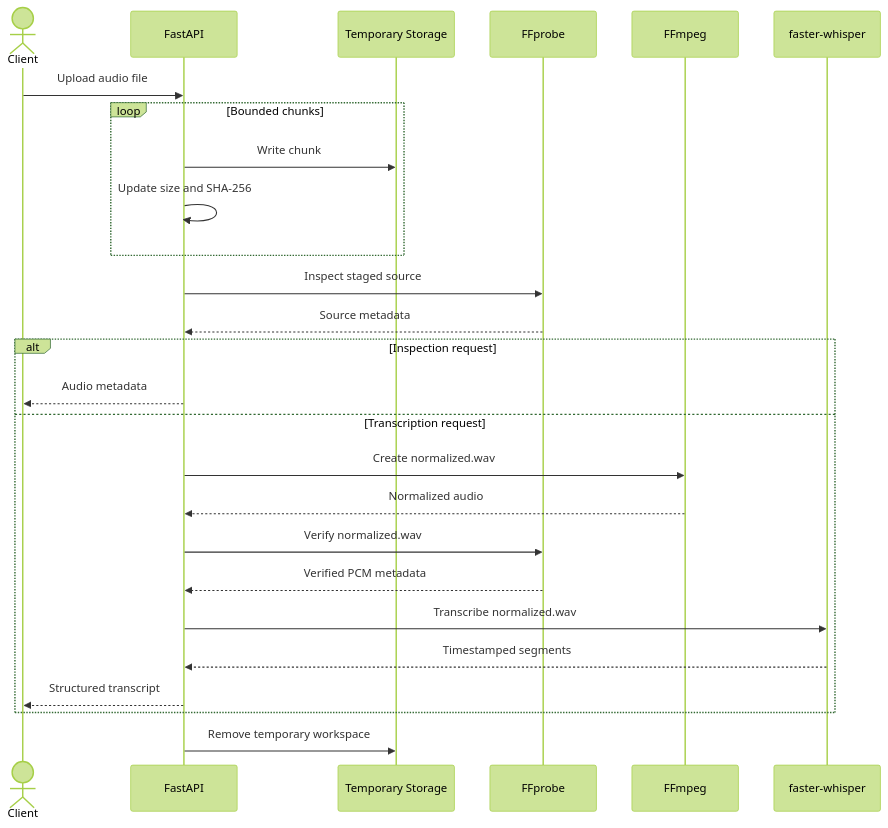
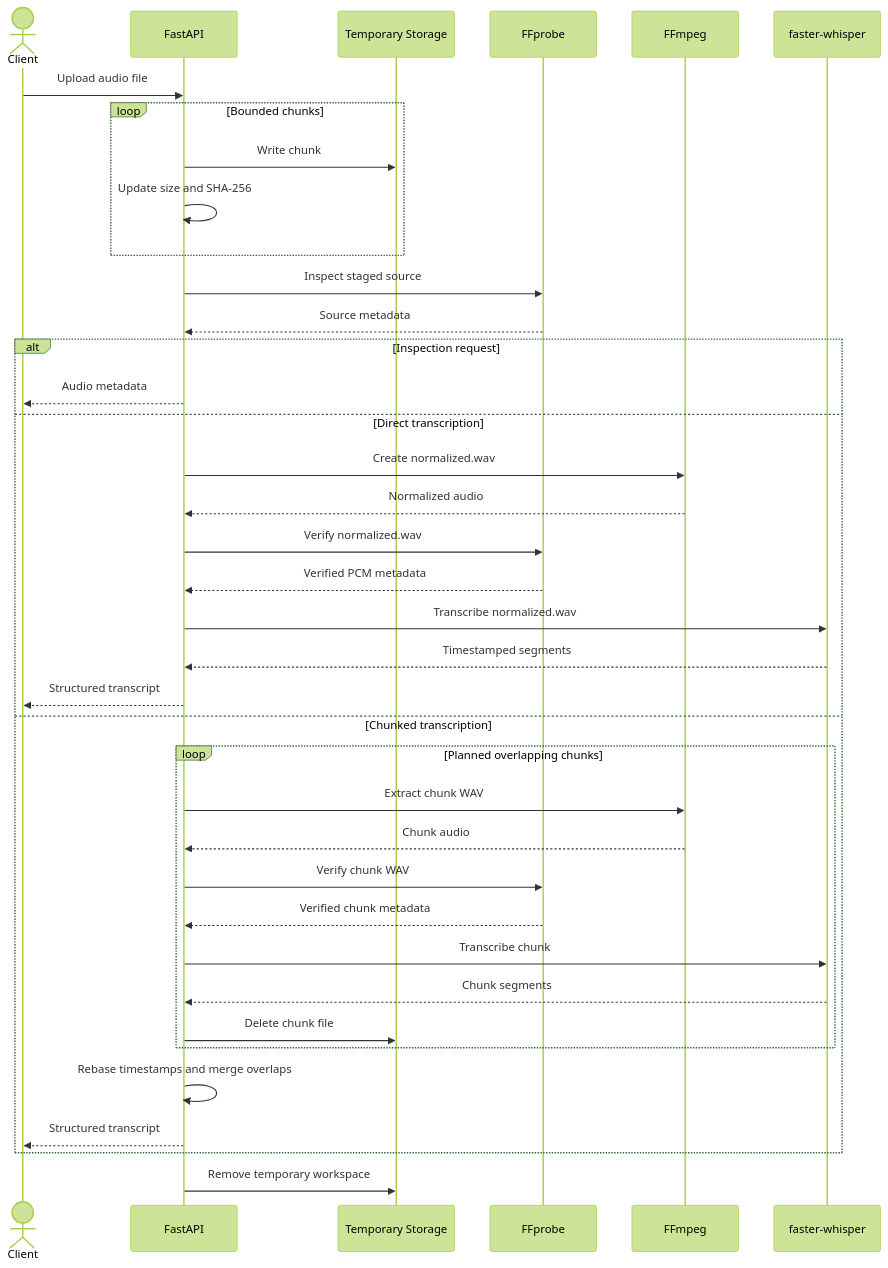
Before and after one commit to aizazmahmood/speech-transcription-service: the fourth of 5 diagrams in README.md, drawn with Mermaid (forest theme). The commit also changed other lines of this file and 18 other files, not shown here.

Commit message:
Add long-audio chunked transcription pipeline

````diff
--- a/README.md
+++ b/README.md
@@ -163,33 +224,45 @@
 ```mermaid
 sequenceDiagram
     actor Client
     participant API as FastAPI
     participant Temp as Temporary Storage
     participant Probe as FFprobe
-    participant Normalize as FFmpeg
+    participant Media as FFmpeg
     participant Engine as faster-whisper
 
     Client->>API: Upload audio file
 
     loop Bounded chunks
         API->>Temp: Write chunk
         API->>API: Update size and SHA-256
     end
 
     API->>Probe: Inspect staged source
     Probe-->>API: Source metadata
 
     alt Inspection request
         API-->>Client: Audio metadata
-    else Transcription request
-        API->>Normalize: Create normalized.wav
-        Normalize-->>API: Normalized audio
+    else Direct transcription
+        API->>Media: Create normalized.wav
+        Media-->>API: Normalized audio
         API->>Probe: Verify normalized.wav
         Probe-->>API: Verified PCM metadata
         API->>Engine: Transcribe normalized.wav
         Engine-->>API: Timestamped segments
         API-->>Client: Structured transcript
+    else Chunked transcription
+        loop Planned overlapping chunks
+            API->>Media: Extract chunk WAV
+            Media-->>API: Chunk audio
+            API->>Probe: Verify chunk WAV
+            Probe-->>API: Verified chunk metadata
+            API->>Engine: Transcribe chunk
+            Engine-->>API: Chunk segments
+            API->>Temp: Delete chunk file
+        end
+        API->>API: Rebase timestamps and merge overlaps
+        API-->>Client: Structured transcript
     end
 
     API->>Temp: Remove temporary workspace
 ```
````
